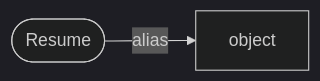
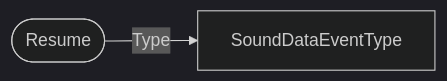
One commit to bedrock-v/protocol-docs changed the diagram in schemas/types/Resume.md. Above: the diagram before and after it, drawn with Mermaid (dark theme). The commit also changed other lines of this file and 73 other files, not shown here.

````diff
--- a/schemas/types/Resume.md
+++ b/schemas/types/Resume.md
@@ -5,4 +5,5 @@
 ```mermaid
 flowchart LR
-  ROOT(["Resume"]) -->|alias| object["object"]
+  ROOT(["Resume"])
+  ROOT -->|"Type"| SoundDataEventType["SoundDataEventType"]
 ```
````
